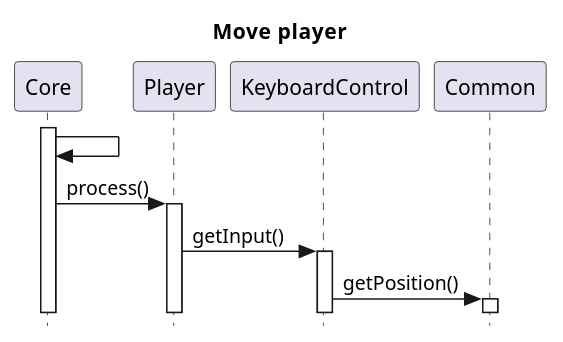
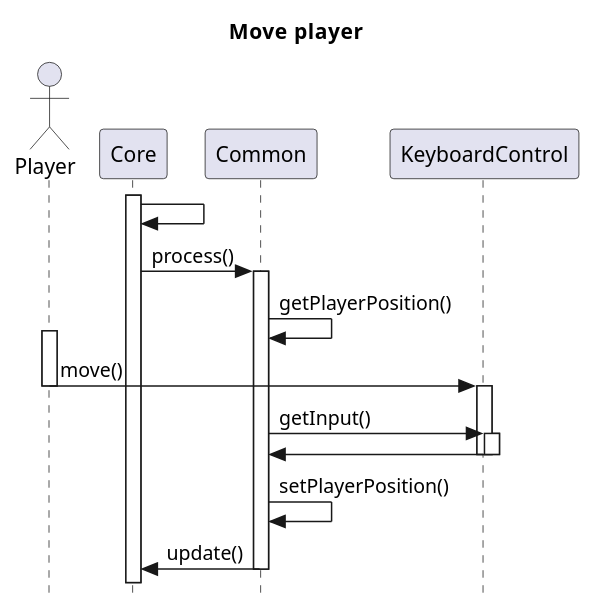
The diagram in docs/diagrams/SequenceDiagram.puml (sesem4/Nelda), drawn with PlantUML before and after one commit.

Commit message:
Sequence diagram of a player movement

```diff
--- a/docs/diagrams/SequenceDiagram.puml
+++ b/docs/diagrams/SequenceDiagram.puml
@@ -1,20 +1,24 @@
 @startuml
 skinparam style strictuml
 title Move  player
+Actor Player
 activate Core
 Core -> Core
 
-
-Core -> Player: process()
-activate Player
-Player -> KeyboardControl: getInput()
+Core -> Common: process()
+activate Common
+Common -> Common: getPlayerPosition()
+Activate Player
+Player -> KeyboardControl: move()
+deactivate Player
 activate KeyboardControl
-KeyboardControl -> Common: getPosition()
-activate Common
-
-
-
-
-
+Common -> KeyboardControl: getInput()
+activate KeyboardControl
+KeyboardControl -> Common:
+deactivate KeyboardControl
+deactivate KeyboardControl
+Common -> Common: setPlayerPosition()
+Common -> Core: update()
+deactivate Common
 
 @enduml
```
